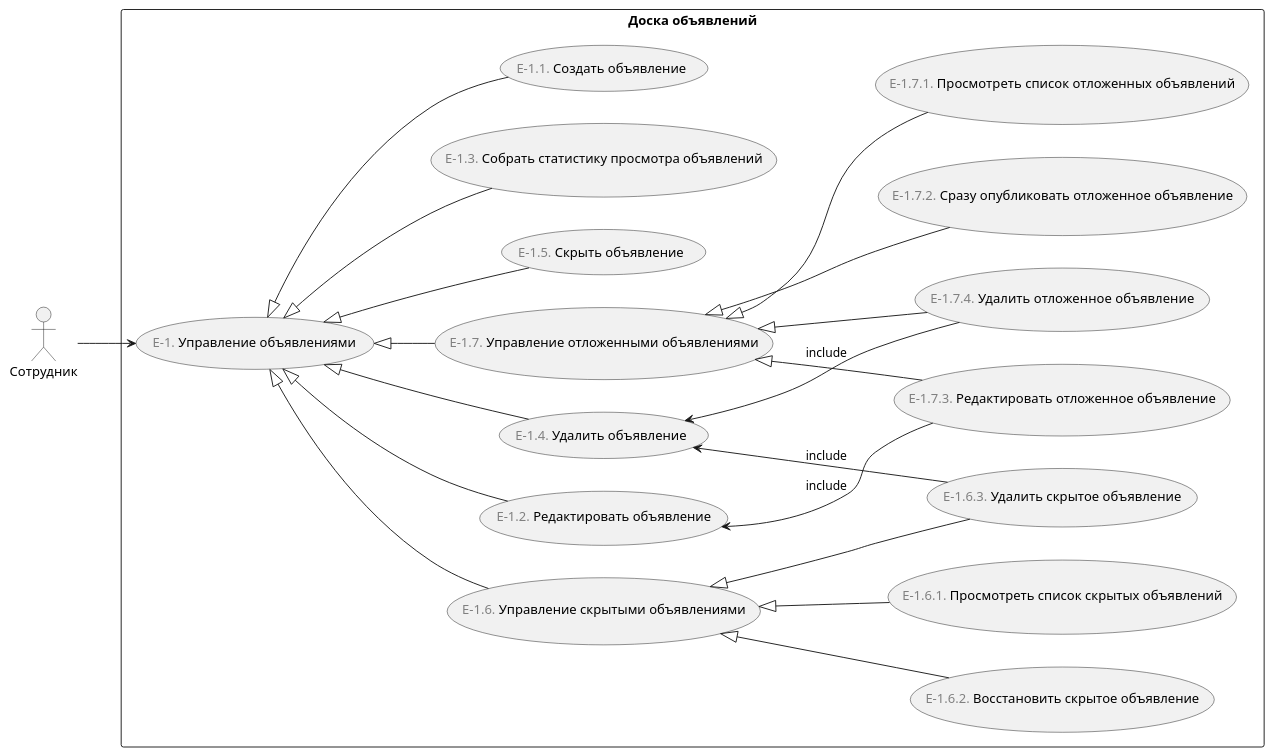
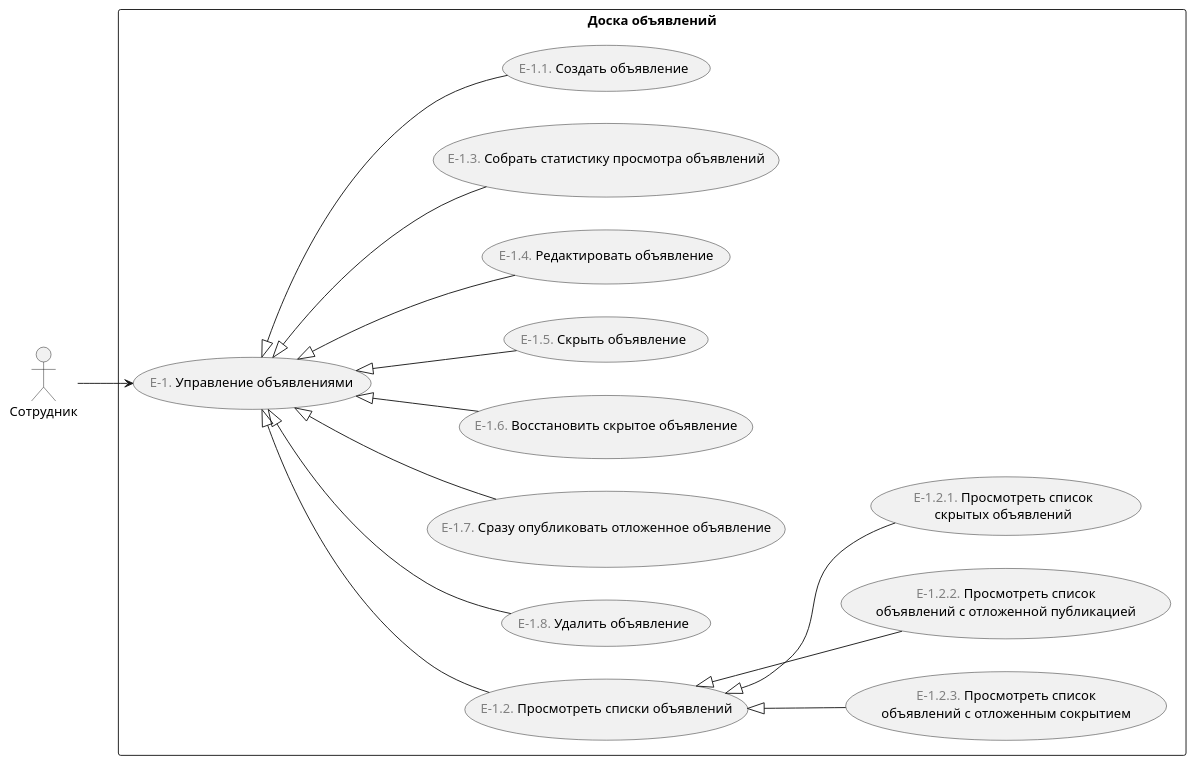
Before and after one commit to astu-app/ASTU-Bulletin-Board-Server: the diagram in doc/диаграммы/варианты-использования/управление-объявлениями.puml, drawn with PlantUML. The commit also changed 7 other files, not shown here.

Commit message:
переработал диаграммы

```diff
--- a/doc/диаграммы/варианты-использования/управление-объявлениями.puml
+++ b/doc/диаграммы/варианты-использования/управление-объявлениями.puml
@@ -1,44 +1,102 @@
 @startuml
 'https://plantuml.com/use-case-diagram
 
 left to right direction
 
 :Сотрудник: as employee
 
 rectangle "Доска объявлений" {
     (<font color="gray">E-1.</font> Управление объявлениями) as manage_announcements
-    (<font color="gray">E-1.6.</font> Управление скрытыми объявлениями) as manage_hidden_announcements
-    (<font color="gray">E-1.7.</font> Управление отложенными объявлениями) as manage_delayed_announcements
-    (<font color="gray">E-1.4.</font> Удалить объявление) as remove_announcement
-        
-    (<font color="gray">E-1.2.</font> Редактировать объявление) as edit_announcement
-    (<font color="gray">E-1.7.3.</font> Редактировать отложенное объявление) as edit_delayed_announcements
-    (<font color="gray">E-1.6.3.</font> Удалить скрытое объявление) as remove_hidden_announcements
-    (<font color="gray">E-1.7.4.</font> Удалить отложенное объявление) as remove_delayed_announcements
+    (<font color="gray">E-1.2.</font> Просмотреть списки объявлений) as view_announcement_lists
     
     employee --> manage_announcements
+
+    manage_announcements <|-- (<font color="gray">E-1.8.</font> Удалить объявление)
     
-    manage_announcements <|-- edit_announcement
+    manage_announcements <|-- (<font color="gray">E-1.7.</font> Сразу опубликовать отложенное объявление)
+    manage_announcements <|-- (<font color="gray">E-1.6.</font> Восстановить скрытое объявление)
     manage_announcements <|-- (<font color="gray">E-1.5.</font> Скрыть объявление) 
-    manage_announcements <|-- manage_hidden_announcements 
-    manage_announcements <|-- remove_announcement 
+    manage_announcements <|-- (<font color="gray">E-1.4.</font> Редактировать объявление)
+    
     manage_announcements <|-- (<font color="gray">E-1.3.</font> Собрать статистику просмотра объявлений)
-    manage_announcements <|-- (<font color="gray">E-1.1.</font> Создать объявление) 
     
-    manage_announcements <|-- manage_delayed_announcements
-    manage_delayed_announcements <|-- edit_delayed_announcements
-    manage_delayed_announcements <|-- (<font color="gray">E-1.7.2.</font> Сразу опубликовать отложенное объявление)
-    manage_delayed_announcements <|-- (<font color="gray">E-1.7.1.</font> Просмотреть список отложенных объявлений)
-    manage_delayed_announcements <|-- remove_delayed_announcements
+    manage_announcements <|-- view_announcement_lists
+    view_announcement_lists <|-- (<font color="gray">E-1.2.3.</font> Просмотреть список\nобъявлений с отложенным сокрытием)
+    view_announcement_lists <|-- (<font color="gray">E-1.2.2.</font> Просмотреть список\nобъявлений с отложенной публикацией)
+    view_announcement_lists <|-- (<font color="gray">E-1.2.1.</font> Просмотреть список\nскрытых объявлений)
     
-    edit_delayed_announcements -up-> edit_announcement : include
-    remove_delayed_announcements -up-> remove_announcement : include
+    manage_announcements <|-- (<font color="gray">E-1.1.</font> Создать объявление)
     
-    manage_hidden_announcements <|-- (<font color="gray">E-1.6.2.</font> Восстановить скрытое объявление)
-    manage_hidden_announcements <|-- (<font color="gray">E-1.6.1.</font> Просмотреть список скрытых объявлений)
-    manage_hidden_announcements <|-- remove_hidden_announcements
     
-    remove_hidden_announcements -up-> remove_announcement : include
+'    (<font color="gray">E-1.6.</font> Управление скрытыми объявлениями) as manage_hidden_announcements
+'    (<font color="gray">E-1.7.</font> Управление отложенными объявлениями) as manage_delayed_announcements
+'    (<font color="gray">E-1.4.</font> Удалить объявление) as remove_announcement
+        
+'    (<font color="gray">E-1.2.</font> Редактировать объявление) as edit_announcement
+'    (<font color="gray">E-1.7.3.</font> Редактировать отложенное объявление) as edit_delayed_announcements
+'    (<font color="gray">E-1.6.3.</font> Удалить скрытое объявление) as remove_hidden_announcements
+'    (<font color="gray">E-1.7.4.</font> Удалить отложенное объявление) as remove_delayed_announcements
+    
+    
+'    manage_announcements <|-- edit_announcement
+'    manage_announcements <|-- (<font color="gray">E-1.5.</font> Скрыть объявление) 
+'    manage_announcements <|-- manage_hidden_announcements 
+'    manage_announcements <|-- remove_announcement 
+'    manage_announcements <|-- (<font color="gray">E-1.3.</font> Собрать статистику просмотра объявлений)
+'    manage_announcements <|-- (<font color="gray">E-1.1.</font> Создать объявление) 
+    
+'    manage_announcements <|-- manage_delayed_announcements
+'    manage_delayed_announcements <|-- edit_delayed_announcements
+'    manage_delayed_announcements <|-- (<font color="gray">E-1.7.2.</font> Сразу опубликовать отложенное объявление)
+'    manage_delayed_announcements <|-- (<font color="gray">E-1.7.1.</font> Просмотреть список отложенных объявлений)
+'    manage_delayed_announcements <|-- remove_delayed_announcements
+    
+'    edit_delayed_announcements -up-> edit_announcement : include
+'    remove_delayed_announcements -up-> remove_announcement : include
+    
+'    manage_hidden_announcements <|-- (<font color="gray">E-1.6.2.</font> Восстановить скрытое объявление)
+'    manage_hidden_announcements <|-- (<font color="gray">E-1.6.1.</font> Просмотреть список скрытых объявлений)
+'    manage_hidden_announcements <|-- remove_hidden_announcements
+    
+'    remove_hidden_announcements -up-> remove_announcement : include
+
+
+
+
+
+'    (<font color="gray">E-1.</font> Управление объявлениями) as manage_announcements
+'    (<font color="gray">E-1.6.</font> Управление скрытыми объявлениями) as manage_hidden_announcements
+'    (<font color="gray">E-1.7.</font> Управление отложенными объявлениями) as manage_delayed_announcements
+'    (<font color="gray">E-1.4.</font> Удалить объявление) as remove_announcement
+'        
+'    (<font color="gray">E-1.2.</font> Редактировать объявление) as edit_announcement
+'    (<font color="gray">E-1.7.3.</font> Редактировать отложенное объявление) as edit_delayed_announcements
+'    (<font color="gray">E-1.6.3.</font> Удалить скрытое объявление) as remove_hidden_announcements
+'    (<font color="gray">E-1.7.4.</font> Удалить отложенное объявление) as remove_delayed_announcements
+'    
+'    employee --> manage_announcements
+'    
+'    manage_announcements <|-- edit_announcement
+'    manage_announcements <|-- (<font color="gray">E-1.5.</font> Скрыть объявление) 
+'    manage_announcements <|-- manage_hidden_announcements 
+'    manage_announcements <|-- remove_announcement 
+'    manage_announcements <|-- (<font color="gray">E-1.3.</font> Собрать статистику просмотра объявлений)
+'    manage_announcements <|-- (<font color="gray">E-1.1.</font> Создать объявление) 
+'    
+'    manage_announcements <|-- manage_delayed_announcements
+'    manage_delayed_announcements <|-- edit_delayed_announcements
+'    manage_delayed_announcements <|-- (<font color="gray">E-1.7.2.</font> Сразу опубликовать отложенное объявление)
+'    manage_delayed_announcements <|-- (<font color="gray">E-1.7.1.</font> Просмотреть список отложенных объявлений)
+'    manage_delayed_announcements <|-- remove_delayed_announcements
+'    
+'    edit_delayed_announcements -up-> edit_announcement : include
+'    remove_delayed_announcements -up-> remove_announcement : include
+'    
+'    manage_hidden_announcements <|-- (<font color="gray">E-1.6.2.</font> Восстановить скрытое объявление)
+'    manage_hidden_announcements <|-- (<font color="gray">E-1.6.1.</font> Просмотреть список скрытых объявлений)
+'    manage_hidden_announcements <|-- remove_hidden_announcements
+'    
+'    remove_hidden_announcements -up-> remove_announcement : include
 }
 
 @enduml
```
